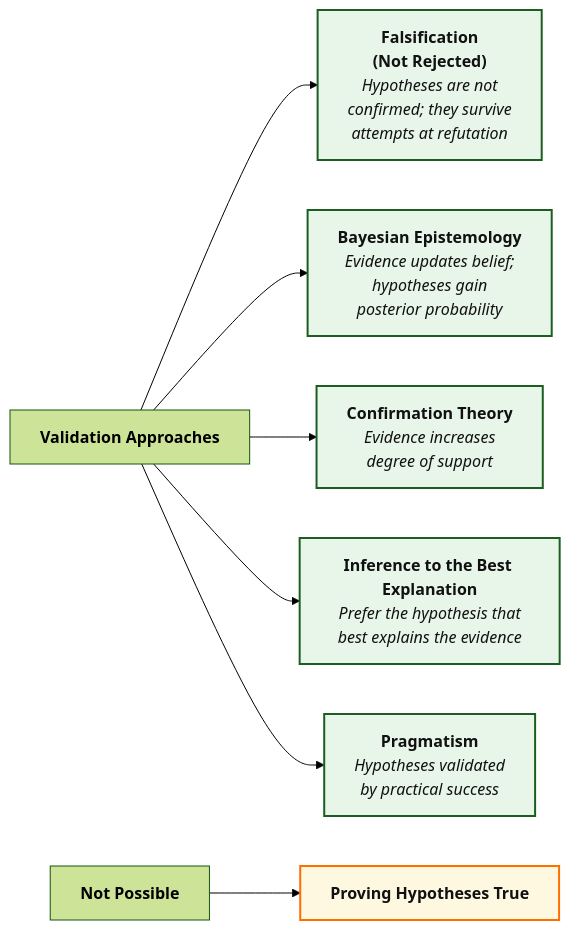
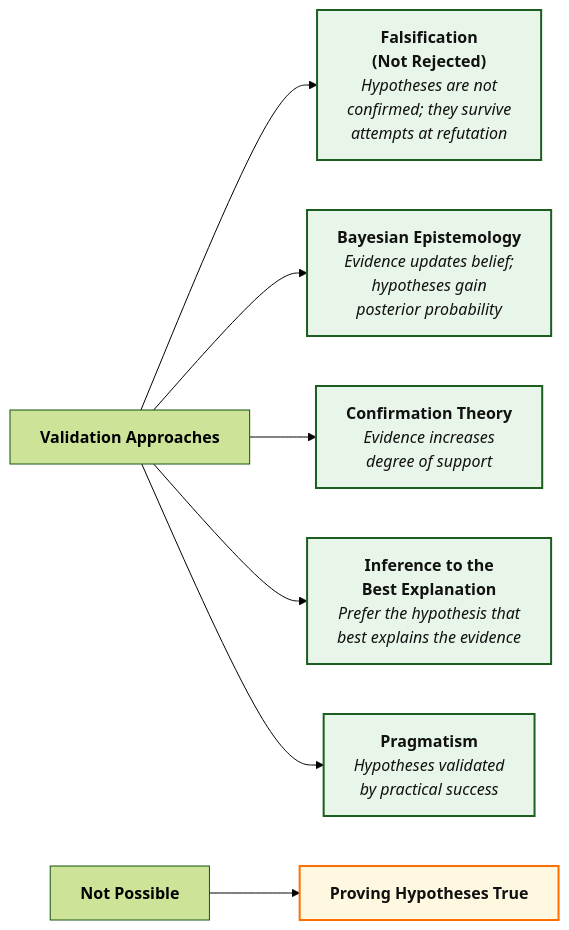
One commit to Tellusant/docs changed the diagram in articles-posts/hypothesis-validation.md. Above: the diagram before and after it, drawn with Mermaid (forest theme).

```diff
--- a/articles-posts/hypothesis-validation.md
+++ b/articles-posts/hypothesis-validation.md
@@ -12,31 +12,31 @@
 <div class="mermaid">
 
 flowchart LR
 
     V["`**Validation Approaches**`"]:::none
 
     F["`**Falsification<br/>(Not Rejected)**<br/>*Hypotheses are not<br/>confirmed; they survive<br/>attempts at refutation*`"]:::strong
     B["`**Bayesian Epistemology**<br/>*Evidence updates belief;<br/>hypotheses gain<br/>posterior probability*`"]:::strong
     C["`**Confirmation Theory**<br/>*Evidence increases<br/>degree of support*`"]:::strong
-    I["`**Inference to the Best Explanation**<br/>*Prefer the hypothesis that<br/>best explains the evidence*`"]:::strong
+    I["`**Inference to the<br/>Best Explanation**<br/>*Prefer the hypothesis that<br/>best explains the evidence*`"]:::strong
     R["`**Pragmatism**<br/>*Hypotheses validated<br/>by practical success*`"]:::strong
 
     NV["`**Not Possible**`"]:::none
     CO["`**Proving Hypotheses True**`"]:::mixed
 
     V --> F
     V --> B
     V --> C
     V --> I
     V --> R
     NV--> CO
 
     %% ========= STYLES ========= Labels are from another graph
 classDef strong  fill:#E8F5E9,stroke:#1B5E20,stroke-width:2px,color:#111;
 classDef neutral fill:#E3F2FD,stroke:#0D47A1,stroke-width:2px,color:#111;
 classDef mixed   fill:#FFF8E1,stroke:#FF6F00,stroke-width:2px,color:#111;
 classDef risk    fill:#FDECEA,stroke:#B71C1C,stroke-width:2px,color:#111;
 classDef summary fill:#F5F5F5,stroke:#424242,stroke-width:2px,color:#111;
 classDef anchor fill:transparent,stroke:transparent;
 
 </div>
```
